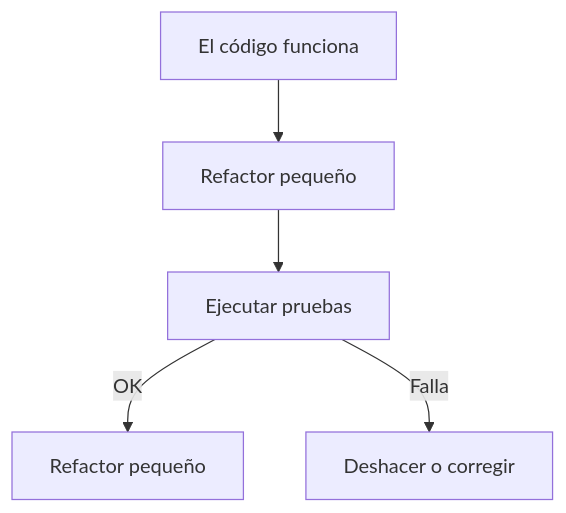
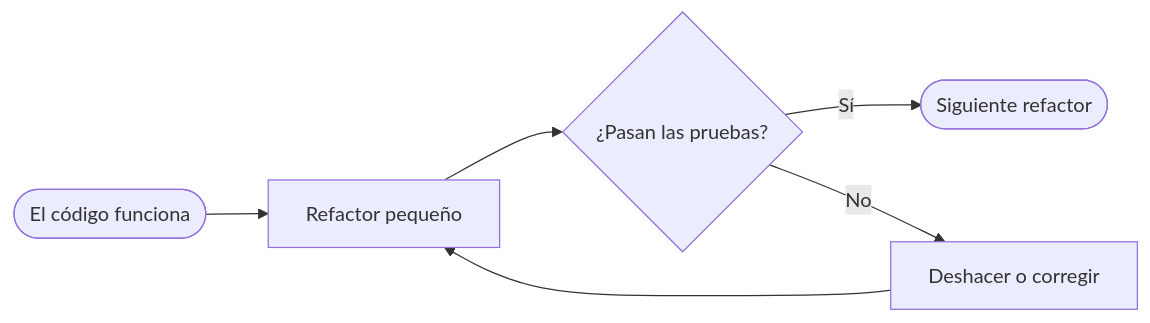
The first of 3 diagrams in docs/tema4/refactorizacion.md (aitorventura/entornos-de-desarrollo), drawn with Mermaid before and after one commit. The commit also changed other lines of this file and 61 other files, not shown here.

````diff
--- a/docs/tema4/refactorizacion.md
+++ b/docs/tema4/refactorizacion.md
@@ -67,7 +65,8 @@
 ```mermaid
-flowchart TB
-  A[El código funciona] --> B[Refactor pequeño]
-  B --> C[Ejecutar pruebas]
-  C -->|OK| D[Refactor pequeño]
-  C -->|Falla| E[Deshacer o corregir]
+flowchart LR
+  A([El código funciona]) --> B[Refactor pequeño]
+  B --> C{¿Pasan las pruebas?}
+  C -->|Sí| D([Siguiente refactor])
+  C -->|No| E[Deshacer o corregir]
+  E --> B
 ```
````
